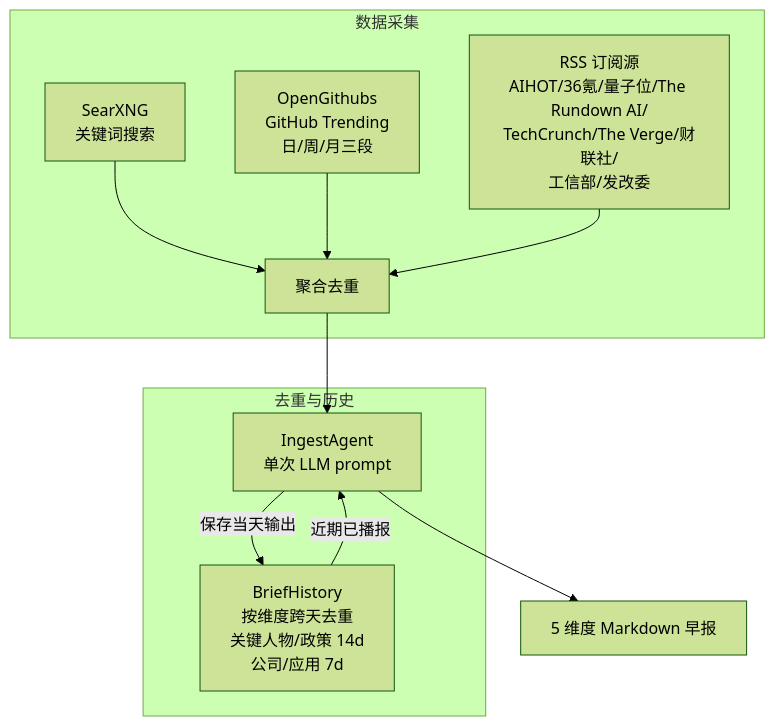
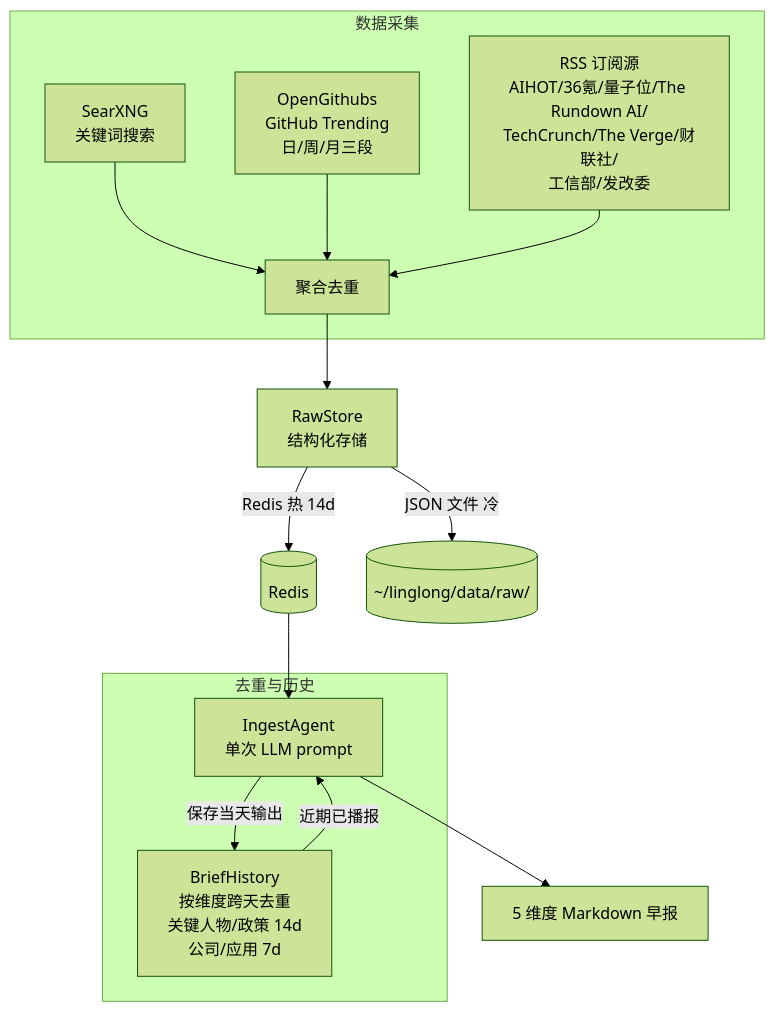
The diagram in docs/README.md (xinovate/linglong-scout), drawn with Mermaid (forest theme) before and after one commit. The commit also changed other lines of this file and 3 other files, not shown here.

First line of the commit message:
docs: 更新架构图/流程图/组件表，补充文档检查清单

````diff
--- a/docs/README.md
+++ b/docs/README.md
@@ -40,16 +40,20 @@
 ```mermaid
 graph TD
     subgraph 数据采集
         A1[SearXNG<br/>关键词搜索] --> D[聚合去重]
         A2[OpenGithubs<br/>GitHub Trending<br/>日/周/月三段] --> D
         A3[RSS 订阅源<br/>AIHOT/36氪/量子位/The Rundown AI/<br/>TechCrunch/The Verge/财联社/<br/>工信部/发改委] --> D
     end
 
-    D --> E[IngestAgent<br/>单次 LLM prompt]
+    D --> R[RawStore<br/>结构化存储]
+    R -->|Redis 热 14d| RH[(Redis)]
+    R -->|JSON 文件 冷| RF[(~/linglong/data/raw/)]
+
+    RH --> E[IngestAgent<br/>单次 LLM prompt]
     E --> F[5 维度 Markdown 早报]
 
     subgraph 去重与历史
         G[BriefHistory<br/>按维度跨天去重<br/>关键人物/政策 14d<br/>公司/应用 7d] -->|近期已播报| E
         E -->|保存当天输出| G
     end
 ```
````
